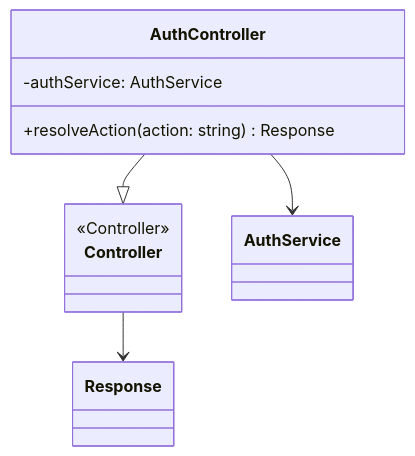
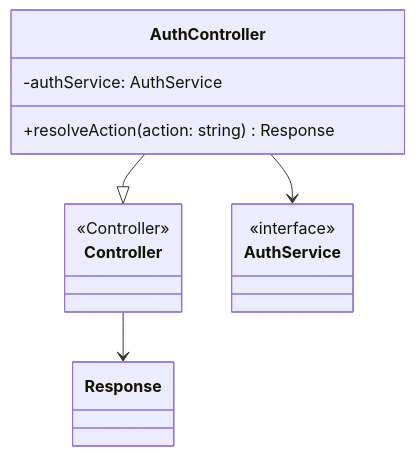
One commit to mb4dev/progetto-prova changed the third of 7 diagrams in documentazione/UC01.md. Above: the diagram before and after it, drawn with Mermaid. The commit also changed other lines of this file and 12 other files, not shown here.

````diff
--- a/documentazione/UC01.md
+++ b/documentazione/UC01.md
@@ -87,16 +90,19 @@
 ```mermaid
 classDiagram
 
 class Controller {
     <<Controller>>
 }
 
 class AuthController {
     -authService: AuthService
     +resolveAction(action: string) Response
 }
 
+class AuthService{
+    <<interface>>
+}
 AuthController --|> Controller
 AuthController --> AuthService
 Controller --> Response
 ```
````
